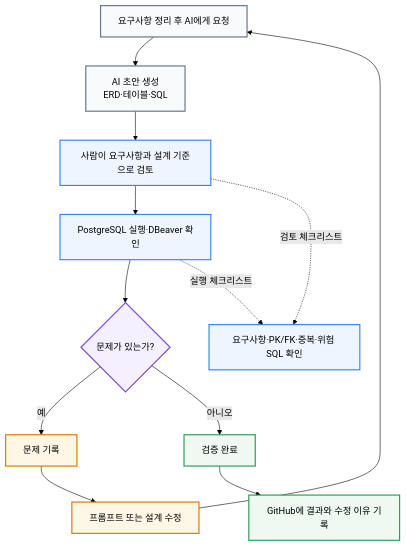
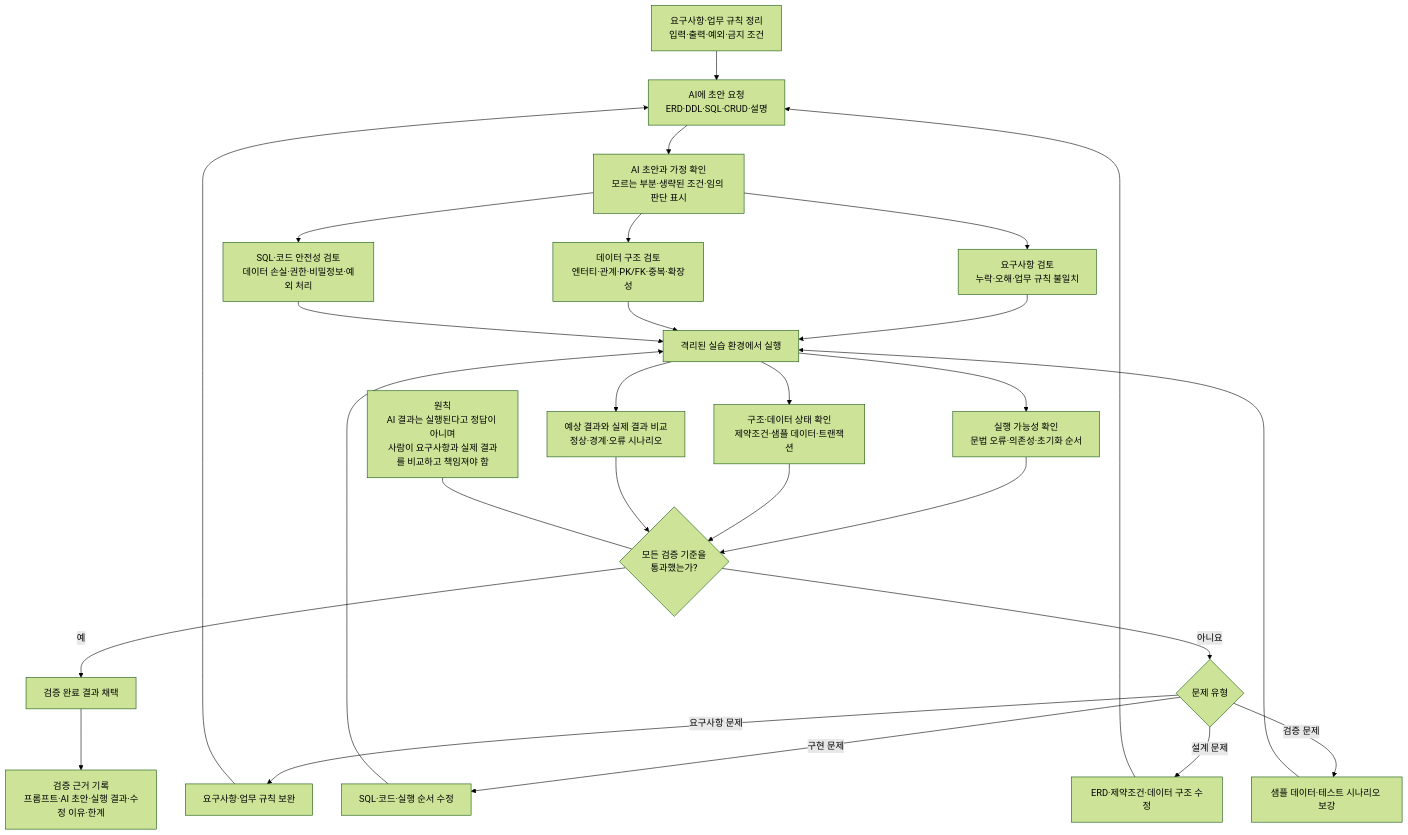
The diagram in images/chapter01/ch01_04_ai_result_verification_cycle.mmd (GilbertMoon/ai-database-book), drawn with Mermaid (forest theme) before and after one commit.

Commit message:
Refine chapter 1 AI result verification source

```diff
--- a/images/chapter01/ch01_04_ai_result_verification_cycle.mmd
+++ b/images/chapter01/ch01_04_ai_result_verification_cycle.mmd
@@ -1,27 +1,35 @@
-flowchart TD
-    A[요구사항 정리 후 AI에게 요청] --> B[AI 초안 생성<br/>ERD·테이블·SQL]
-    B --> C[사람이 요구사항과 설계 기준으로 검토]
-    C --> D[PostgreSQL 실행·DBeaver 확인]
-    D --> E{문제가 있는가?}
+flowchart TB
+    A[요구사항·업무 규칙 정리<br/>입력·출력·예외·금지 조건] --> B[AI에 초안 요청<br/>ERD·DDL·SQL·CRUD·설명]
+    B --> C[AI 초안과 가정 확인<br/>모르는 부분·생략된 조건·임의 판단 표시]
 
-    C -. 검토 체크리스트 .-> C1[요구사항·PK/FK·중복·위험 SQL 확인]
-    D -. 실행 체크리스트 .-> C1
+    C --> D1[요구사항 검토<br/>누락·오해·업무 규칙 불일치]
+    C --> D2[데이터 구조 검토<br/>엔터티·관계·PK/FK·중복·확장성]
+    C --> D3[SQL·코드 안전성 검토<br/>데이터 손실·권한·비밀정보·예외 처리]
 
-    E -- 예 --> F[문제 기록]
-    F --> G[프롬프트 또는 설계 수정]
-    G --> A
+    D1 --> E[격리된 실습 환경에서 실행]
+    D2 --> E
+    D3 --> E
 
-    E -- 아니오 --> H[검증 완료]
-    H --> I[GitHub에 결과와 수정 이유 기록]
+    E --> F1[실행 가능성 확인<br/>문법 오류·의존성·초기화 순서]
+    E --> F2[구조·데이터 상태 확인<br/>제약조건·샘플 데이터·트랜잭션]
+    E --> F3[예상 결과와 실제 결과 비교<br/>정상·경계·오류 시나리오]
 
-    classDef step fill:#f8fafc,stroke:#64748b,stroke-width:2px;
-    classDef review fill:#eef5ff,stroke:#3b82f6,stroke-width:2px;
-    classDef decision fill:#f5f0ff,stroke:#7c4dcb,stroke-width:2px;
-    classDef fix fill:#fff7e6,stroke:#d97706,stroke-width:2px;
-    classDef done fill:#eef9f1,stroke:#2f9a58,stroke-width:2px;
+    F1 --> G{모든 검증 기준을<br/>통과했는가?}
+    F2 --> G
+    F3 --> G
 
-    class A,B step;
-    class C,D,C1 review;
-    class E decision;
-    class F,G fix;
-    class H,I done;
+    G -- 예 --> H[검증 완료 결과 채택]
+    H --> I[검증 근거 기록<br/>프롬프트·AI 초안·실행 결과·수정 이유·한계]
+
+    G -- 아니요 --> J{문제 유형}
+    J -- 요구사항 문제 --> K[요구사항·업무 규칙 보완]
+    J -- 설계 문제 --> L[ERD·제약조건·데이터 구조 수정]
+    J -- 구현 문제 --> M[SQL·코드·실행 순서 수정]
+    J -- 검증 문제 --> N[샘플 데이터·테스트 시나리오 보강]
+
+    K --> B
+    L --> B
+    M --> E
+    N --> E
+
+    O[원칙<br/>AI 결과는 실행된다고 정답이 아니며<br/>사람이 요구사항과 실제 결과를 비교하고 책임져야 함] --- G
```
